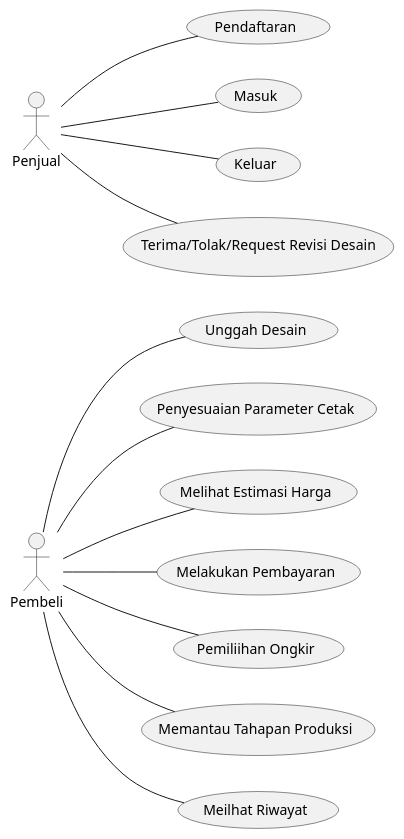
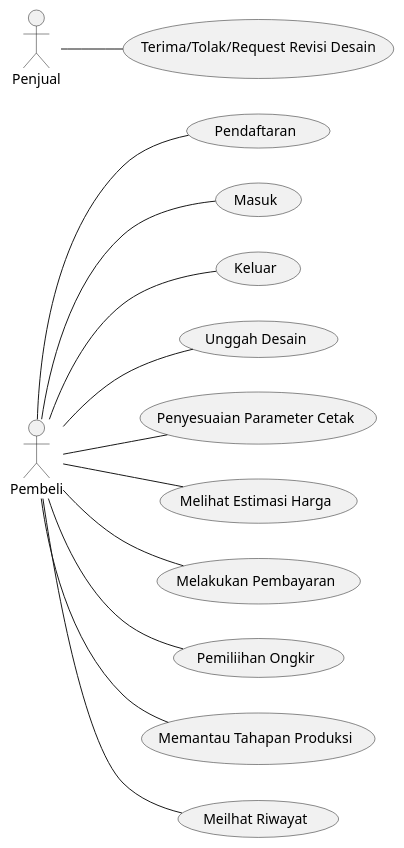
The diagram in use_case.puml (stnDinus/skpl-rkpl-diagrams), drawn with PlantUML before and after one commit.

Commit message:
fix: buyer accounts

```diff
--- a/use_case.puml
+++ b/use_case.puml
@@ -1,31 +1,31 @@
 @startuml
 left to right direction
 
 actor Pembeli as buyer
 actor Penjual as seller
 
 (Pendaftaran) as signup
 (Masuk) as signin
 (Keluar) as signout
 (Unggah Desain) as upload_design
 (Penyesuaian Parameter Cetak) as set_print_parameters
 (Melihat Estimasi Harga) as check_est_price
 (Terima/Tolak/Request Revisi Desain) as acc_design
 (Melakukan Pembayaran) as transact
 (Pemiliihan Ongkir) as set_shipping
 (Memantau Tahapan Produksi) as inspect_production
 (Meilhat Riwayat) as check_history
 
-seller -- signup
-seller -- signin
-seller -- signout
+buyer -- signup
+buyer -- signin
+buyer -- signout
 buyer -- upload_design
 buyer -- set_print_parameters
 buyer -- check_est_price
 seller -- acc_design
 buyer -- set_shipping
 buyer -- transact
 buyer -- inspect_production
 buyer -- check_history
 
 @enduml
```
